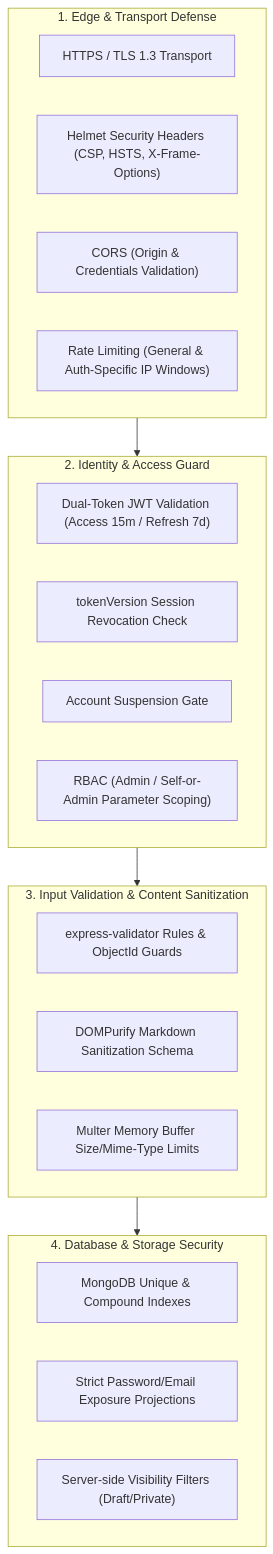
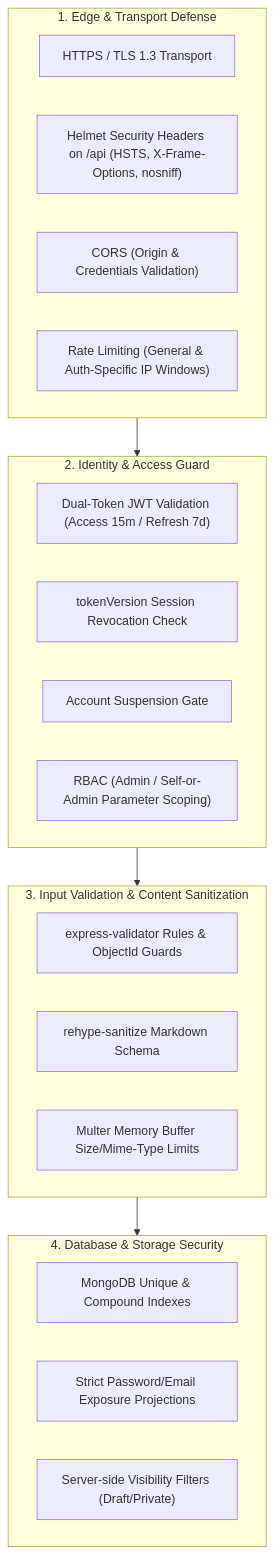
Before and after one commit to Purvesh-PJ/bloghub: the diagram in docs/security/checklist.md, drawn with Mermaid. The commit also changed other lines of this file and 24 other files, not shown here.

````diff
--- a/docs/security/checklist.md
+++ b/docs/security/checklist.md
@@ -38,32 +38,32 @@
 ```mermaid
 flowchart TD
     subgraph EdgeLayer["1. Edge & Transport Defense"]
         TLS["HTTPS / TLS 1.3 Transport"]
-        Helmet["Helmet Security Headers (CSP, HSTS, X-Frame-Options)"]
+        Helmet["Helmet Security Headers on /api (HSTS, X-Frame-Options, nosniff)"]
         Cors["CORS (Origin & Credentials Validation)"]
         Rate["Rate Limiting (General & Auth-Specific IP Windows)"]
     end
 
     subgraph AuthLayer["2. Identity & Access Guard"]
         JWT["Dual-Token JWT Validation (Access 15m / Refresh 7d)"]
         Revoke["tokenVersion Session Revocation Check"]
         Suspended["Account Suspension Gate"]
         RoleGuard["RBAC (Admin / Self-or-Admin Parameter Scoping)"]
     end
 
     subgraph DataSanitization["3. Input Validation & Content Sanitization"]
         Val["express-validator Rules & ObjectId Guards"]
-        XSS["DOMPurify Markdown Sanitization Schema"]
+        XSS["rehype-sanitize Markdown Schema"]
         Upload["Multer Memory Buffer Size/Mime-Type Limits"]
     end
 
     subgraph PersistenceSecurity["4. Database & Storage Security"]
         Indexes["MongoDB Unique & Compound Indexes"]
         Projection["Strict Password/Email Exposure Projections"]
         Visibility["Server-side Visibility Filters (Draft/Private)"]
     end
 
     EdgeLayer --> AuthLayer
     AuthLayer --> DataSanitization
     DataSanitization --> PersistenceSecurity
 ```
````
